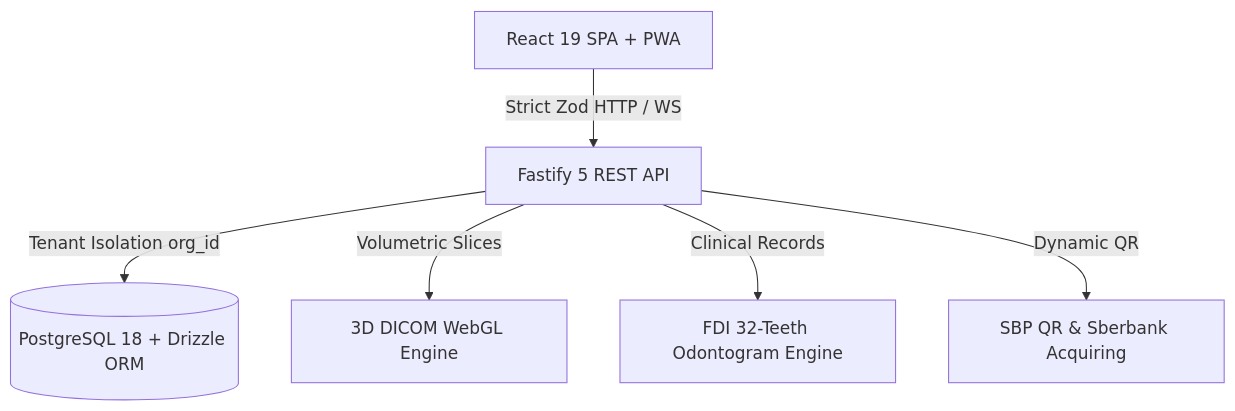
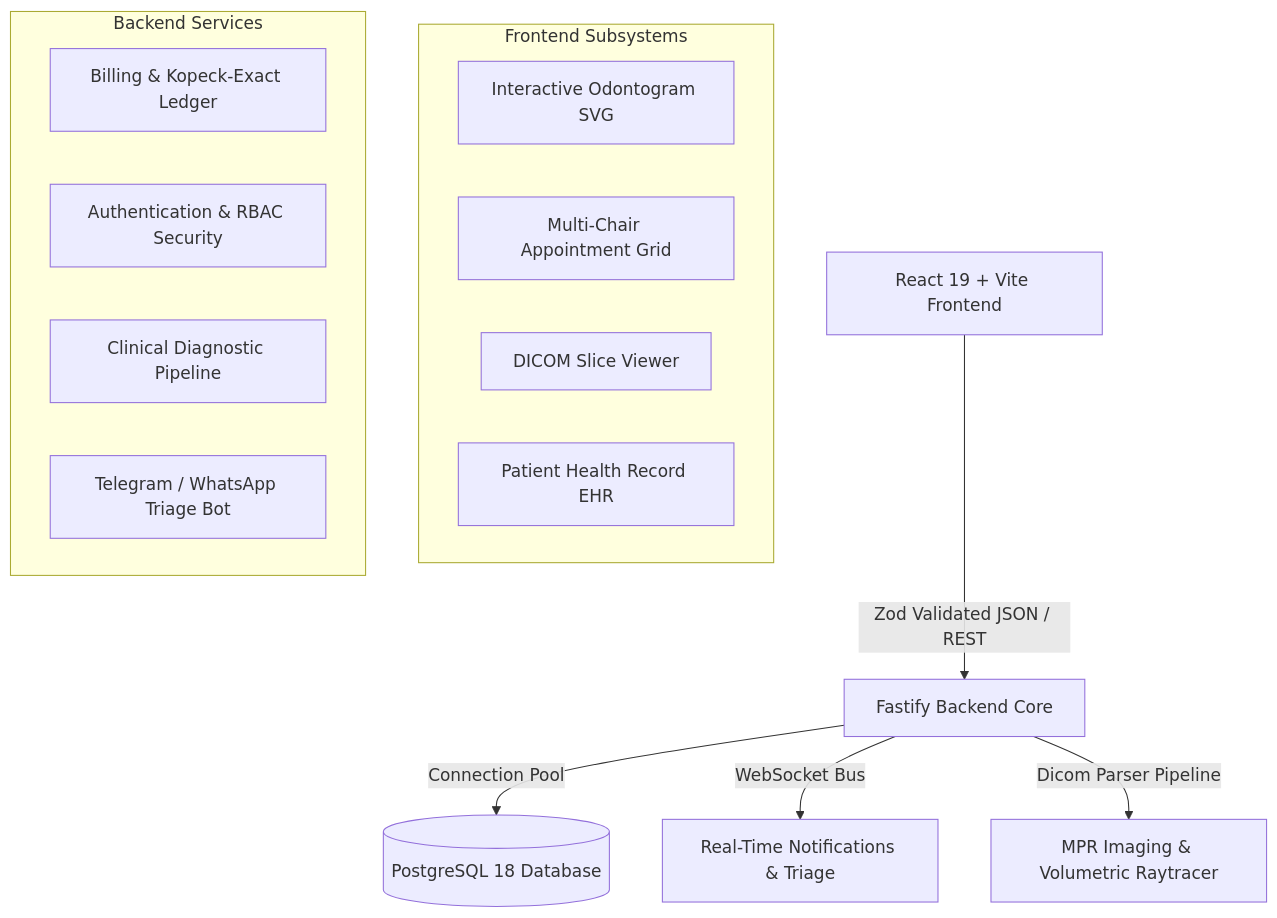
The diagram in README.md (marko1olo/dental-crm), drawn with Mermaid before and after one commit. The commit also changed other lines of this file, not shown here.

````diff
--- a/README.md
+++ b/README.md
@@ -16,8 +28,21 @@
 ```mermaid
 graph TD
-    Client[React 19 SPA + PWA] -->|Strict Zod HTTP / WS| API[Fastify 5 REST API]
-    API -->|Tenant Isolation org_id| DB[(PostgreSQL 18 + Drizzle ORM)]
-    API -->|Volumetric Slices| DICOM[3D DICOM WebGL Engine]
-    API -->|Clinical Records| Odonto[FDI 32-Teeth Odontogram Engine]
-    API -->|Dynamic QR| SBP[SBP QR & Sberbank Acquiring]
+    A[React 19 + Vite Frontend] -->|Zod Validated JSON / REST| B[Fastify Backend Core]
+    B -->|Connection Pool| C[(PostgreSQL 18 Database)]
+    B -->|WebSocket Bus| D[Real-Time Notifications & Triage]
+    B -->|Dicom Parser Pipeline| E[MPR Imaging & Volumetric Raytracer]
+    
+    subgraph Frontend Subsystems
+        F1[Interactive Odontogram SVG]
+        F2[Multi-Chair Appointment Grid]
+        F3[DICOM Slice Viewer]
+        F4[Patient Health Record EHR]
+    end
+    
+    subgraph Backend Services
+        B1[Billing & Kopeck-Exact Ledger]
+        B2[Authentication & RBAC Security]
+        B3[Clinical Diagnostic Pipeline]
+        B4[Telegram / WhatsApp Triage Bot]
+    end
 ```
````
